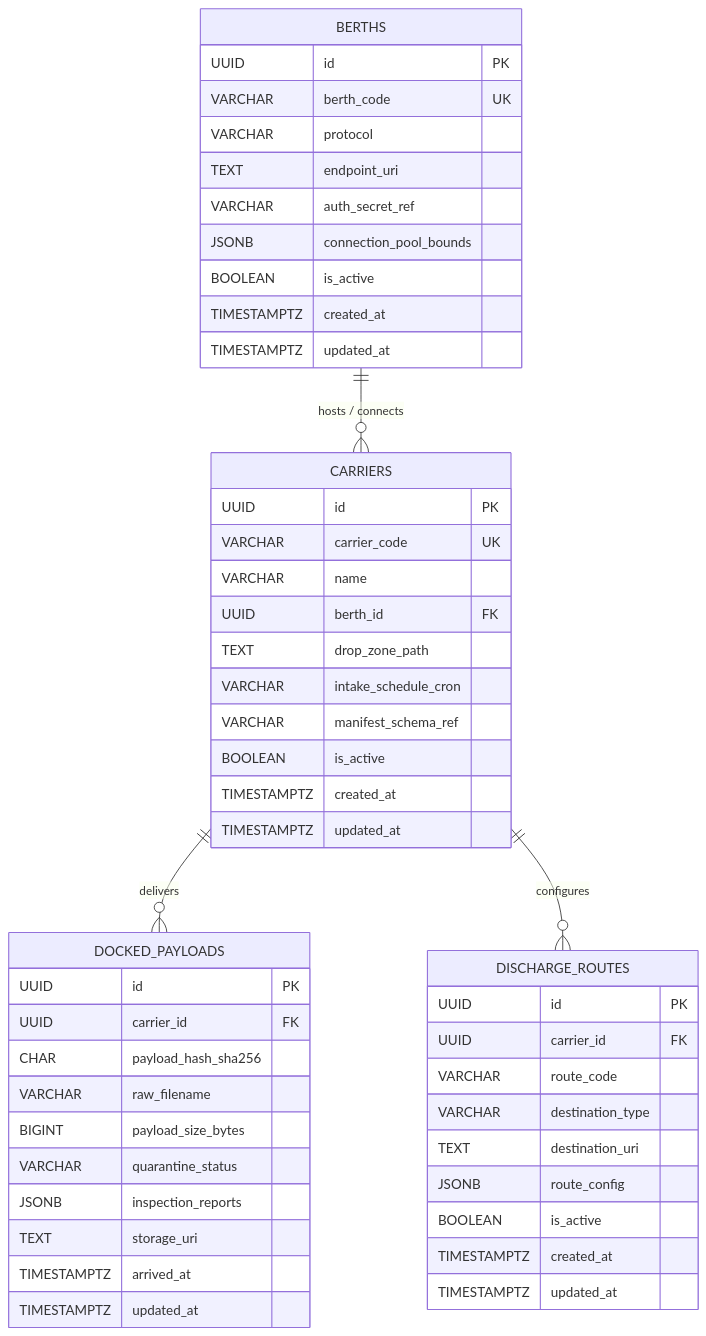
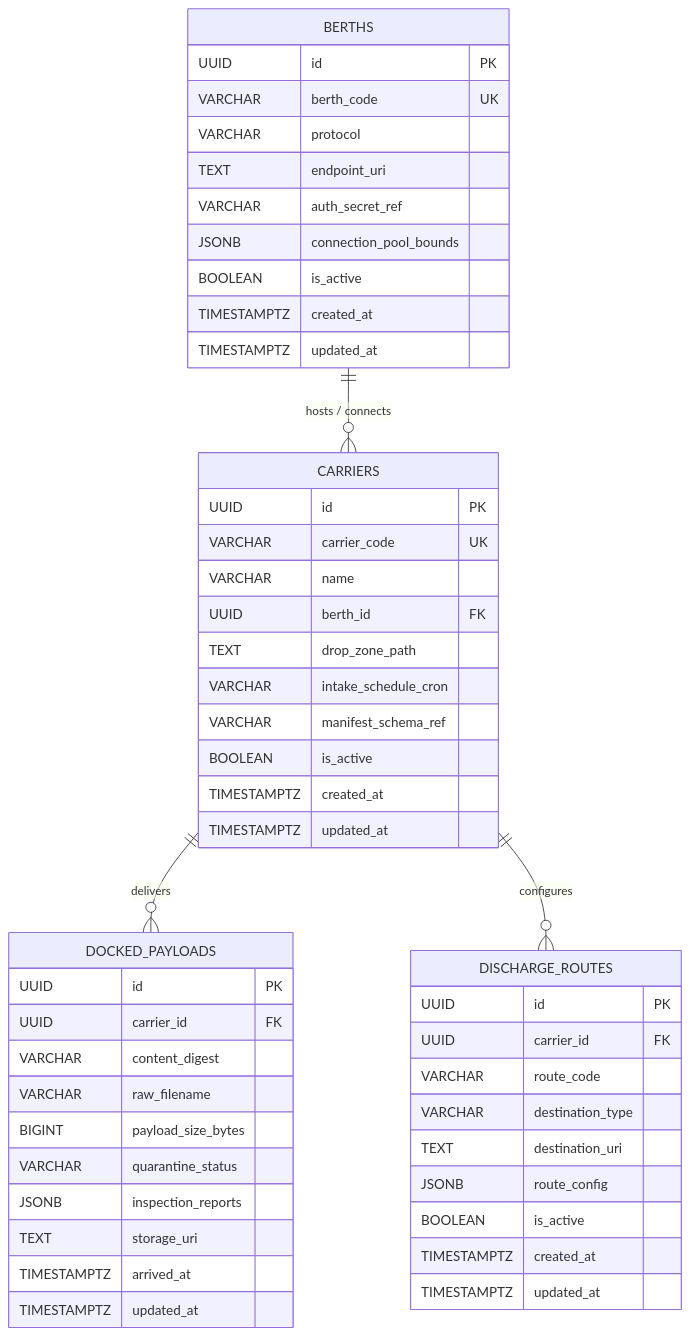
Before and after one commit to Works-by-Worrell/harbor-master: the second of 2 diagrams in docs/SPEC.md, drawn with Mermaid. The commit also changed other lines of this file and 1 other file, not shown here.

Commit message:
docs(spec): replace rigid sha256 with pluggable content_digest and codify streaming storage [vector]

````diff
--- a/docs/SPEC.md
+++ b/docs/SPEC.md
@@ -154,56 +168,56 @@
 ```mermaid
 erDiagram
     BERTHS ||--o{ CARRIERS : "hosts / connects"
     CARRIERS ||--o{ DOCKED_PAYLOADS : "delivers"
     CARRIERS ||--o{ DISCHARGE_ROUTES : "configures"
 
     BERTHS {
         UUID id PK
         VARCHAR berth_code UK
         VARCHAR protocol
         TEXT endpoint_uri
         VARCHAR auth_secret_ref
         JSONB connection_pool_bounds
         BOOLEAN is_active
         TIMESTAMPTZ created_at
         TIMESTAMPTZ updated_at
     }
 
     CARRIERS {
         UUID id PK
         VARCHAR carrier_code UK
         VARCHAR name
         UUID berth_id FK
         TEXT drop_zone_path
         VARCHAR intake_schedule_cron
         VARCHAR manifest_schema_ref
         BOOLEAN is_active
         TIMESTAMPTZ created_at
         TIMESTAMPTZ updated_at
     }
 
     DOCKED_PAYLOADS {
         UUID id PK
         UUID carrier_id FK
-        CHAR payload_hash_sha256
+        VARCHAR content_digest
         VARCHAR raw_filename
         BIGINT payload_size_bytes
         VARCHAR quarantine_status
         JSONB inspection_reports
         TEXT storage_uri
         TIMESTAMPTZ arrived_at
         TIMESTAMPTZ updated_at
     }
 
     DISCHARGE_ROUTES {
         UUID id PK
         UUID carrier_id FK
         VARCHAR route_code
         VARCHAR destination_type
         TEXT destination_uri
         JSONB route_config
         BOOLEAN is_active
         TIMESTAMPTZ created_at
         TIMESTAMPTZ updated_at
     }
 ```
````
